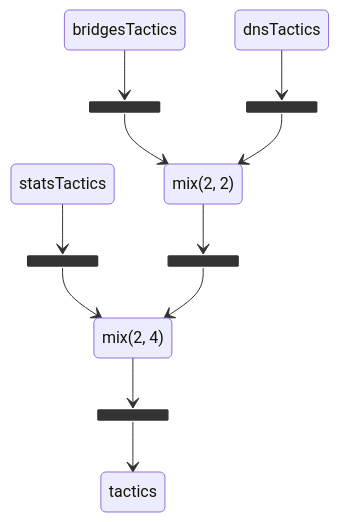
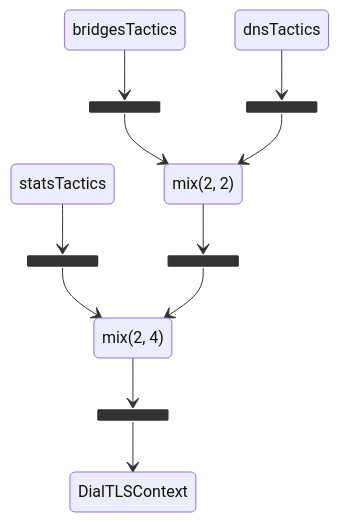
Before and after one commit to ooni/probe-cli: the second of 2 diagrams in internal/enginenetx/DESIGN.md, drawn with Mermaid. The commit also changed other lines of this file, not shown here.

````diff
--- a/internal/enginenetx/DESIGN.md
+++ b/internal/enginenetx/DESIGN.md
@@ -459,26 +461,26 @@
 ```mermaid
 stateDiagram-v2
   state statsTacticsChan <<join>>
   statsTactics --> statsTacticsChan
 
   state bridgesTacticsChan <<join>>
   bridgesTactics --> bridgesTacticsChan
 
   state dnsTacticsChan <<join>>
   dnsTactics --> dnsTacticsChan
 
   state "mix(2, 2)" as mix22
   bridgesTacticsChan --> mix22
   dnsTacticsChan --> mix22
 
   state mix22Chan <<join>>
   mix22 --> mix22Chan
 
   state "mix(2, 4)" as mix24
   statsTacticsChan --> mix24
   mix22Chan --> mix24
 
   state tacticsChan <<join>>
   mix24 --> tacticsChan
-  tacticsChan --> tactics
+  tacticsChan --> DialTLSContext
 ```
````
